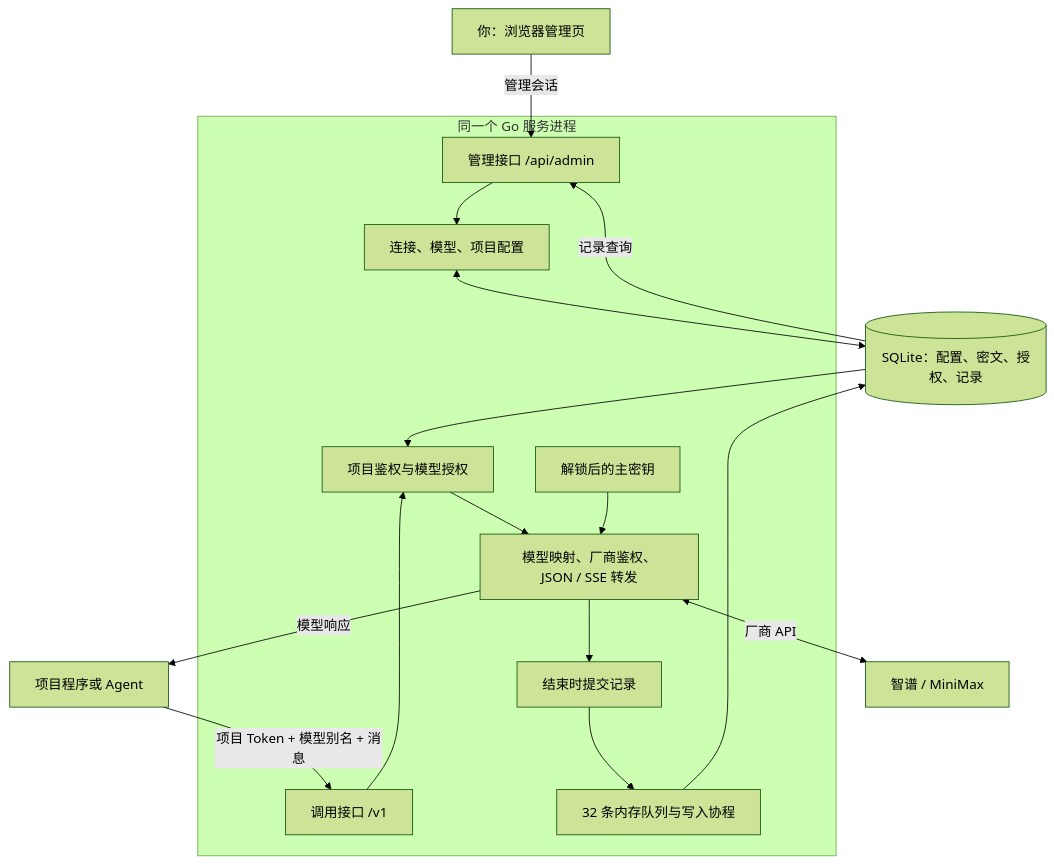
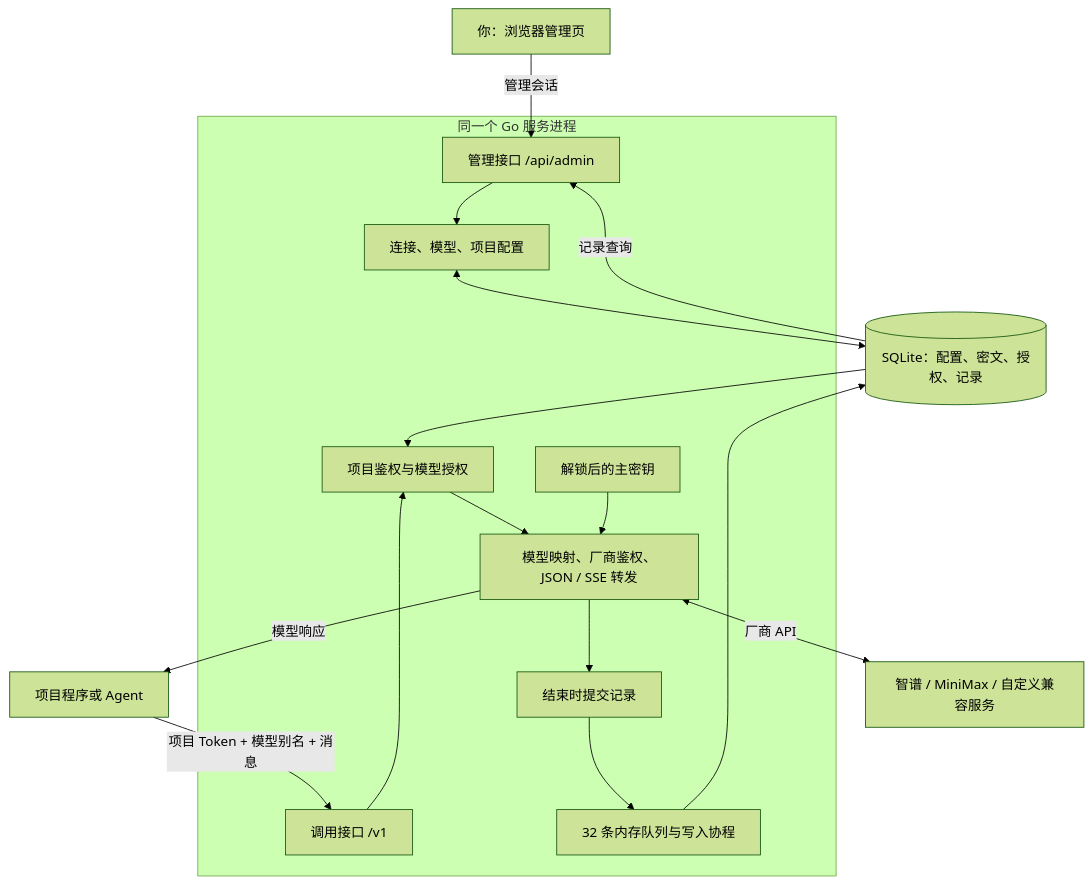
One commit to Austinenna/ai-gateway changed the diagram in docs/current-architecture.md. Above: the diagram before and after it, drawn with Mermaid (forest theme). The commit also changed other lines of this file and 9 other files, not shown here.

````diff
--- a/docs/current-architecture.md
+++ b/docs/current-architecture.md
@@ -30,19 +30,19 @@
 ```mermaid
 flowchart TB
     Human[你：浏览器管理页] -->|管理会话| Admin[管理接口 /api/admin]
     Client[项目程序或 Agent] -->|项目 Token + 模型别名 + 消息| Entry[调用接口 /v1]
     subgraph Service[同一个 Go 服务进程]
         Admin --> Config[连接、模型、项目配置]
         Entry --> Auth[项目鉴权与模型授权]
         Auth --> Forward[模型映射、厂商鉴权、JSON / SSE 转发]
         Vault[解锁后的主密钥] --> Forward
         Forward --> Capture[结束时提交记录]
         Capture --> Queue[32 条内存队列与写入协程]
     end
     Config <--> DB[(SQLite：配置、密文、授权、记录)]
     DB --> Auth
     Queue --> DB
     DB -->|记录查询| Admin
-    Forward <-->|厂商 API| Provider[智谱 / MiniMax]
+    Forward <-->|厂商 API| Provider[智谱 / MiniMax / 自定义兼容服务]
     Forward -->|模型响应| Client
 ```
````
